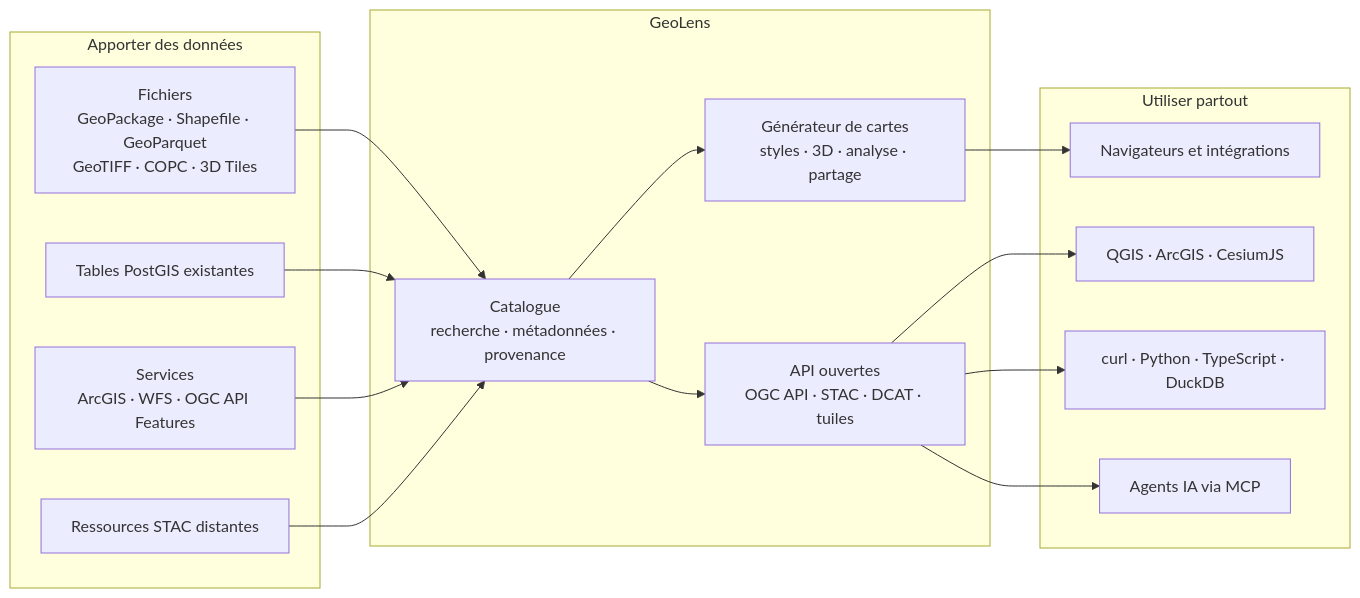
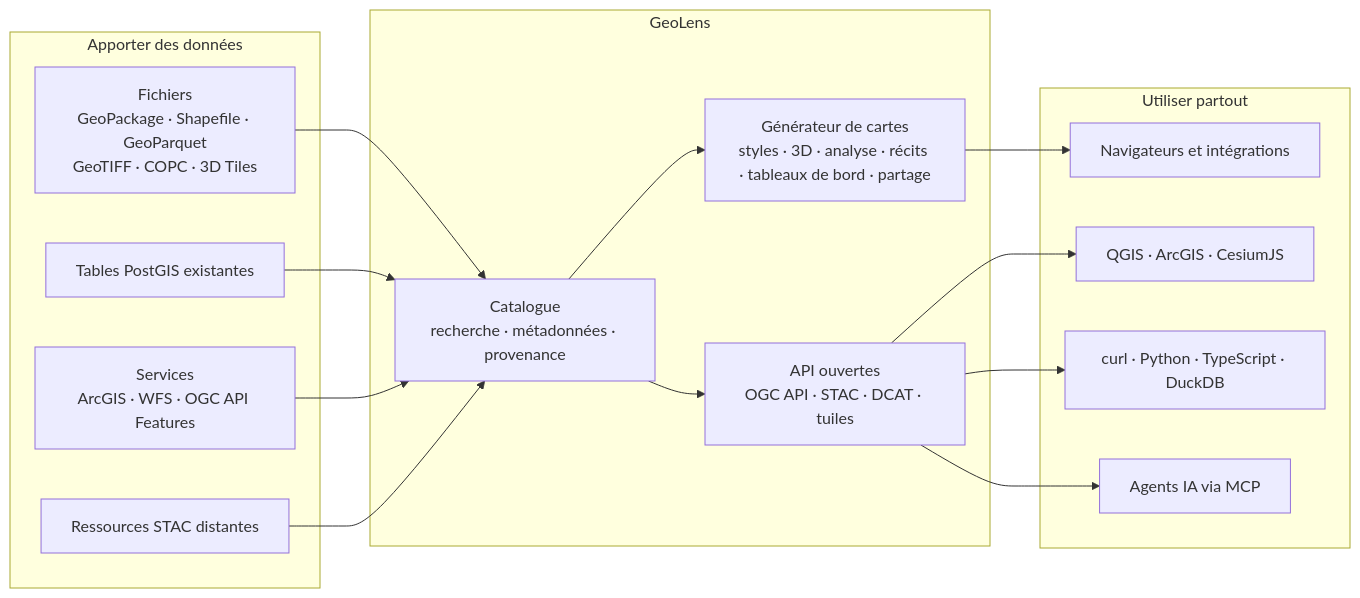
One commit to geolens-io/geolens changed the diagram in README.fr.md. Above: the diagram before and after it, drawn with Mermaid. The commit also changed other lines of this file and 11 other files, not shown here.

````diff
--- a/README.fr.md
+++ b/README.fr.md
@@ -143,23 +143,23 @@
 ```mermaid
 flowchart LR
     subgraph IN ["Apporter des données"]
       F["Fichiers<br/>GeoPackage · Shapefile · GeoParquet<br/>GeoTIFF · COPC · 3D Tiles"]
       DB["Tables PostGIS existantes"]
       SVC["Services<br/>ArcGIS · WFS · OGC API Features"]
       ST["Ressources STAC distantes"]
     end
     subgraph GL ["GeoLens"]
       CAT["Catalogue<br/>recherche · métadonnées · provenance"]
-      MB["Générateur de cartes<br/>styles · 3D · analyse · partage"]
+      MB["Générateur de cartes<br/>styles · 3D · analyse · récits · tableaux de bord · partage"]
       STD["API ouvertes<br/>OGC API · STAC · DCAT · tuiles"]
     end
     subgraph OUT ["Utiliser partout"]
       WEB["Navigateurs et intégrations"]
       GIS["QGIS · ArcGIS · CesiumJS"]
       CODE["curl · Python · TypeScript · DuckDB"]
       AG["Agents IA via MCP"]
     end
     F & DB & SVC & ST --> CAT
     CAT --> MB --> WEB
     CAT --> STD --> GIS & CODE & AG
 ```
````
